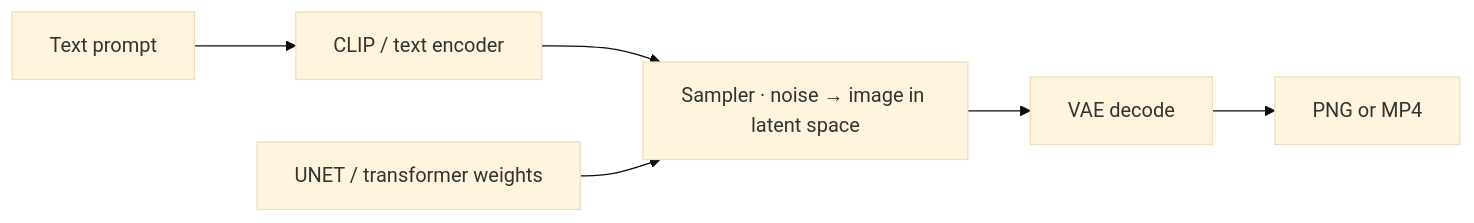
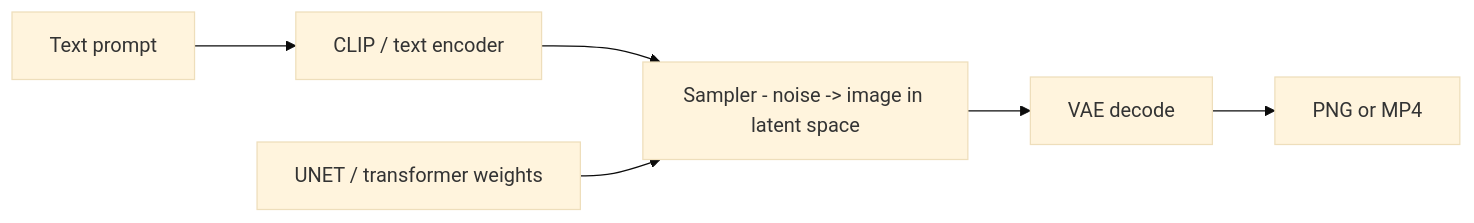
One commit to toxicoder/ez-comfy-stack changed the first of 2 diagrams in docs/learn/generation.mdx. Above: the diagram before and after it, drawn with Mermaid (base theme). The commit also changed other lines of this file and 1894 other files, not shown here.

````diff
--- a/docs/learn/generation.mdx
+++ b/docs/learn/generation.mdx
@@ -29,8 +29,8 @@
 ```mermaid
 flowchart LR
   Prompt["Text prompt"] --> CLIP["CLIP / text encoder"]
-  CLIP --> S["Sampler · noise → image in latent space"]
+  CLIP --> S["Sampler - noise -> image in latent space"]
   UNET["UNET / transformer weights"] --> S
   S --> VAE["VAE decode"]
   VAE --> Out["PNG or MP4"]
 ```
````
